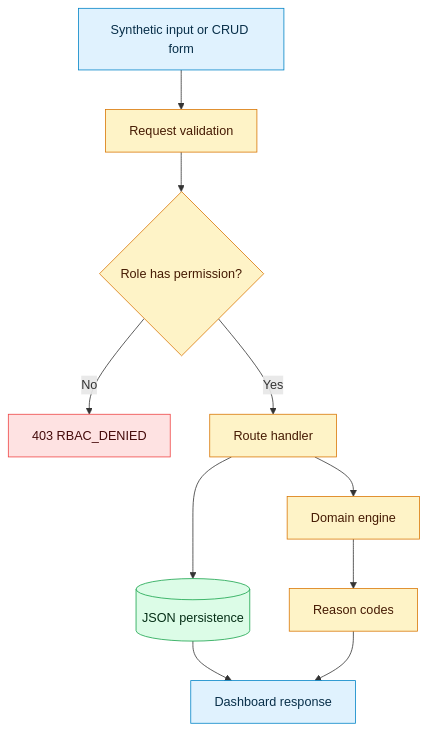
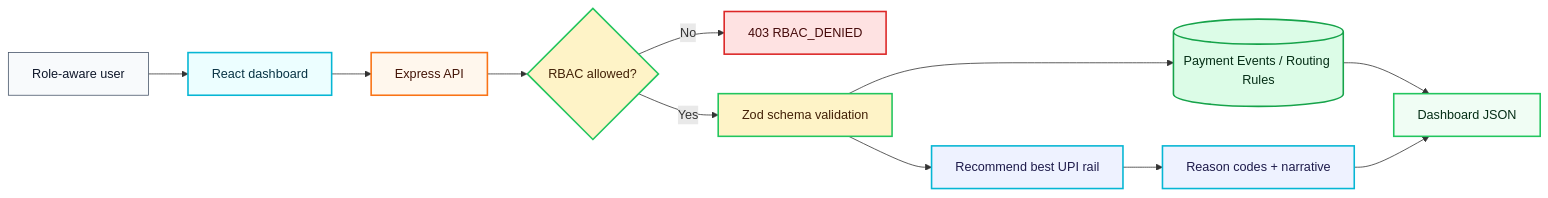
Before and after one commit to jprbom/upi-flowpilot: the second of 4 diagrams in docs/DIAGRAMS.md, drawn with Mermaid. The commit also changed other lines of this file and 6 other files, not shown here.

```diff
--- a/docs/DIAGRAMS.md
+++ b/docs/DIAGRAMS.md
@@ -27,20 +31,22 @@
 ~~~mermaid
-flowchart TD
-  A["Synthetic input or CRUD form"] --> B["Request validation"]
-  B --> C{"Role has permission?"}
-  C -- No --> D["403 RBAC_DENIED"]
-  C -- Yes --> E["Route handler"]
-  E --> F[("JSON persistence")]
-  E --> G["Domain engine"]
-  G --> H["Reason codes"]
-  F --> I["Dashboard response"]
-  H --> I
-  classDef start fill:#e0f2fe,stroke:#0284c7,color:#082f49
-  classDef guard fill:#fef3c7,stroke:#d97706,color:#451a03
-  classDef stop fill:#fee2e2,stroke:#ef4444,color:#450a0a
-  classDef data fill:#dcfce7,stroke:#16a34a,color:#052e16
-  class A,I start
-  class B,C,E,G,H guard
-  class D stop
-  class F data
+flowchart LR
+  User["Role-aware user"]:::user --> UI["React dashboard"]:::ui
+  UI --> API["Express API"]:::api
+  API --> Guard{"RBAC allowed?"}:::guard
+  Guard -- "No" --> Deny["403 RBAC_DENIED"]:::deny
+  Guard -- "Yes" --> Validate["Zod schema validation"]:::guard
+  Validate --> Store[("Payment Events / Routing Rules")]:::data
+  Validate --> Engine["Recommend best UPI rail"]:::model
+  Store --> Response["Dashboard JSON"]:::output
+  Engine --> Explain["Reason codes + narrative"]:::model
+  Explain --> Response
+
+  classDef user fill:#f8fafc,stroke:#475569,color:#0f172a
+  classDef ui fill:#ecfeff,stroke:#06b6d4,stroke-width:2px,color:#083344
+  classDef api fill:#fff7ed,stroke:#f97316,stroke-width:2px,color:#431407
+  classDef guard fill:#fef3c7,stroke:#22c55e,stroke-width:2px,color:#422006
+  classDef deny fill:#fee2e2,stroke:#dc2626,stroke-width:2px,color:#450a0a
+  classDef data fill:#dcfce7,stroke:#16a34a,stroke-width:2px,color:#052e16
+  classDef model fill:#eef2ff,stroke:#06b6d4,stroke-width:2px,color:#1e1b4b
+  classDef output fill:#f0fdf4,stroke:#22c55e,stroke-width:2px,color:#052e16
 ~~~
```
